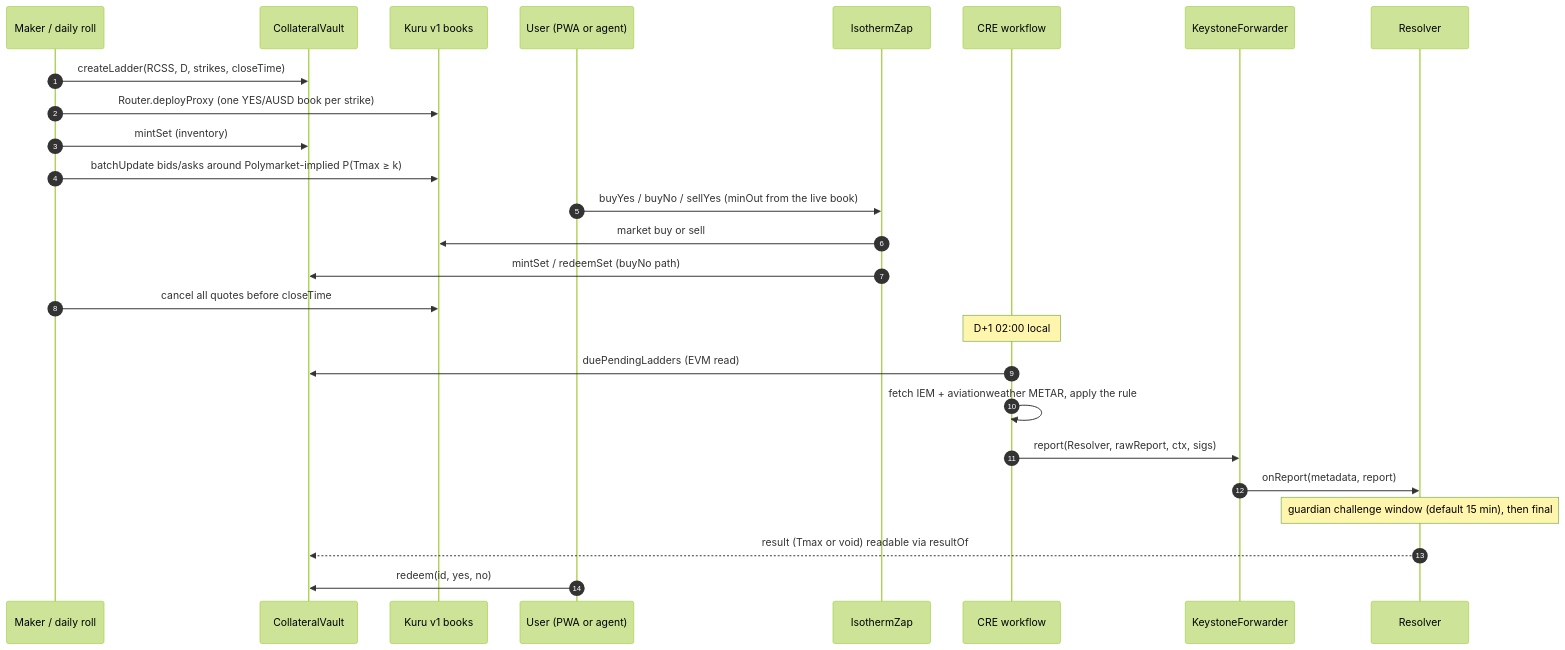
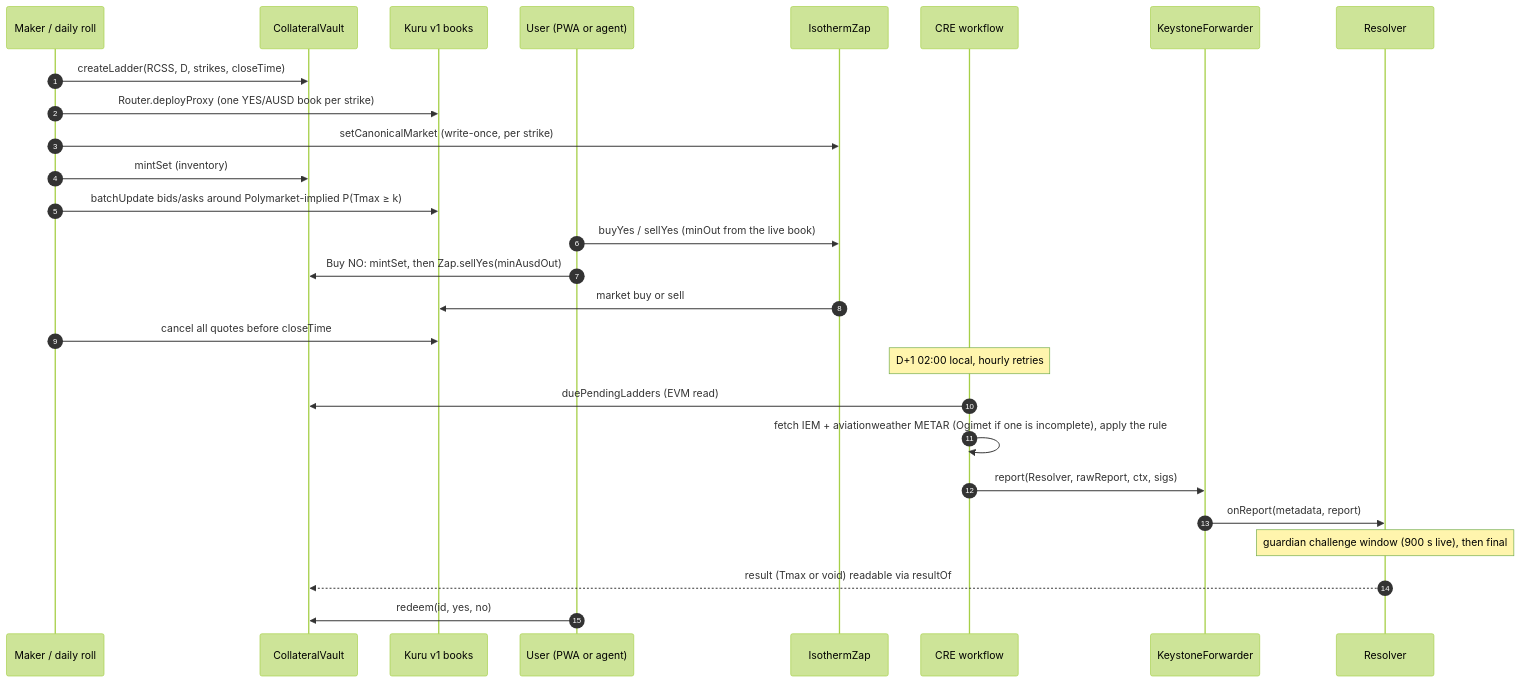
One commit to tedinroc/isotherm changed the diagram in ARCHITECTURE.md. Above: the diagram before and after it, drawn with Mermaid (forest theme). The commit also changed other lines of this file and 252 other files, not shown here.

Commit message:
Fix round: hardened API live (caps, limits, authorization-only relays), Buy NO via mintSet+sellYes in web and mm plugin, CRE settle + challenge-watch launchd jobs, docs/logo

````diff
--- a/ARCHITECTURE.md
+++ b/ARCHITECTURE.md
@@ -76,28 +76,29 @@
 ```mermaid
 sequenceDiagram
   autonumber
   participant Roll as Maker / daily roll
   participant Vault as CollateralVault
   participant Kuru as Kuru v1 books
   participant User as User (PWA or agent)
   participant Zap as IsothermZap
   participant CRE as CRE workflow
   participant Fwd as KeystoneForwarder
   participant Res as Resolver
   Roll->>Vault: createLadder(RCSS, D, strikes, closeTime)
   Roll->>Kuru: Router.deployProxy (one YES/AUSD book per strike)
+  Roll->>Zap: setCanonicalMarket (write-once, per strike)
   Roll->>Vault: mintSet (inventory)
   Roll->>Kuru: batchUpdate bids/asks around Polymarket-implied P(Tmax ≥ k)
-  User->>Zap: buyYes / buyNo / sellYes (minOut from the live book)
+  User->>Zap: buyYes / sellYes (minOut from the live book)
+  User->>Vault: Buy NO: mintSet, then Zap.sellYes(minAusdOut)
   Zap->>Kuru: market buy or sell
-  Zap->>Vault: mintSet / redeemSet (buyNo path)
   Roll->>Kuru: cancel all quotes before closeTime
-  Note over CRE: D+1 02:00 local
+  Note over CRE: D+1 02:00 local, hourly retries
   CRE->>Vault: duePendingLadders (EVM read)
-  CRE->>CRE: fetch IEM + aviationweather METAR, apply the rule
+  CRE->>CRE: fetch IEM + aviationweather METAR (Ogimet if one is incomplete), apply the rule
   CRE->>Fwd: report(Resolver, rawReport, ctx, sigs)
   Fwd->>Res: onReport(metadata, report)
-  Note over Res: guardian challenge window (default 15 min), then final
+  Note over Res: guardian challenge window (900 s live), then final
   Res-->>Vault: result (Tmax or void) readable via resultOf
   User->>Vault: redeem(id, yes, no)
 ```
````
